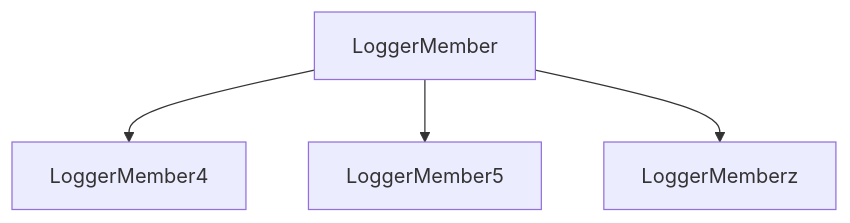
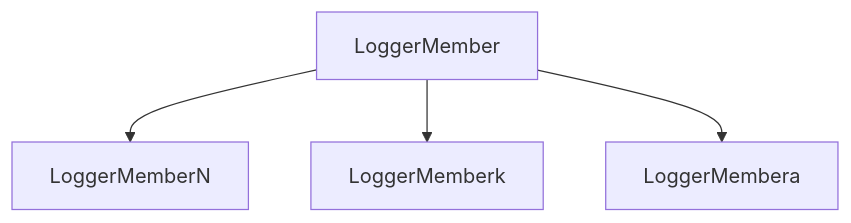
One commit to ellementul/uee-core changed the diagram in mermaid.md. Above: the diagram before and after it, drawn with Mermaid. The commit also changed 7 other files, not shown here.

````diff
--- a/mermaid.md
+++ b/mermaid.md
@@ -1,11 +1,11 @@
 ```mermaid
  flowchart TD
-    xtGXzGD3FIaSEB[LoggerMember]
-    4SKMwfUe2TaAAPRYN2amyIiqEmp9nkV7KLzq8IfJ[LoggerMember4]
-    5nQa6yxl7VvPSncc79JsCy9ekNohOmrZFfBeQZhe[LoggerMember5]
-    zCGazstuqWm8DE3bpOFWKXfY71waCBAQpKdVyeDJ[LoggerMemberz]
+    Niho3ABHU8cqT[LoggerMember]
+    NnClzpaGC7IV6aupgQslxt9TYPD8ZgPeeAMK2ii8[LoggerMemberN]
+    k1QpL6zu5pTZ7hZauUXDgHXZ3B0OhONb2GQqVj9A[LoggerMemberk]
+    arI1IuP0AHf77Co9POyPtCXGG4gSCaDM38MnQusX[LoggerMembera]
 
-    xtGXzGD3FIaSEB --> 4SKMwfUe2TaAAPRYN2amyIiqEmp9nkV7KLzq8IfJ
-    xtGXzGD3FIaSEB --> 5nQa6yxl7VvPSncc79JsCy9ekNohOmrZFfBeQZhe
-    xtGXzGD3FIaSEB --> zCGazstuqWm8DE3bpOFWKXfY71waCBAQpKdVyeDJ
+    Niho3ABHU8cqT --> NnClzpaGC7IV6aupgQslxt9TYPD8ZgPeeAMK2ii8
+    Niho3ABHU8cqT --> k1QpL6zu5pTZ7hZauUXDgHXZ3B0OhONb2GQqVj9A
+    Niho3ABHU8cqT --> arI1IuP0AHf77Co9POyPtCXGG4gSCaDM38MnQusX
 ```
````
